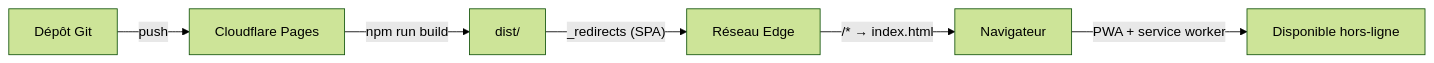
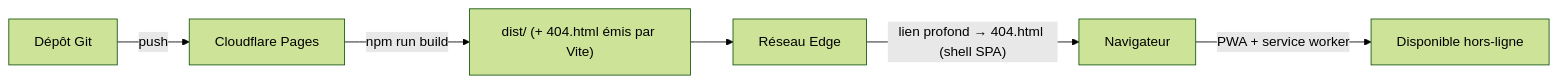
Diagram 12 of 13 in README.md (venantvr-web/vuejs.lighthouse.llm), drawn with Mermaid (forest theme) before and after one commit. The commit also changed other lines of this file, not shown here.

````diff
--- a/README.md
+++ b/README.md
@@ -188,8 +403,8 @@
 ```mermaid
 flowchart LR
     Git["Dépôt Git"] -->|"push"| CF["Cloudflare Pages"]
-    CF -->|"npm run build"| Dist["dist/"]
-    Dist -->|"_redirects (SPA)"| Edge["Réseau Edge"]
-    Edge -->|"/* → index.html"| Browser["Navigateur"]
+    CF -->|"npm run build"| Dist["dist/ (+ 404.html émis par Vite)"]
+    Dist --> Edge["Réseau Edge"]
+    Edge -->|"lien profond → 404.html (shell SPA)"| Browser["Navigateur"]
     Browser -->|"PWA + service worker"| Offline["Disponible hors-ligne"]
 ```
````
